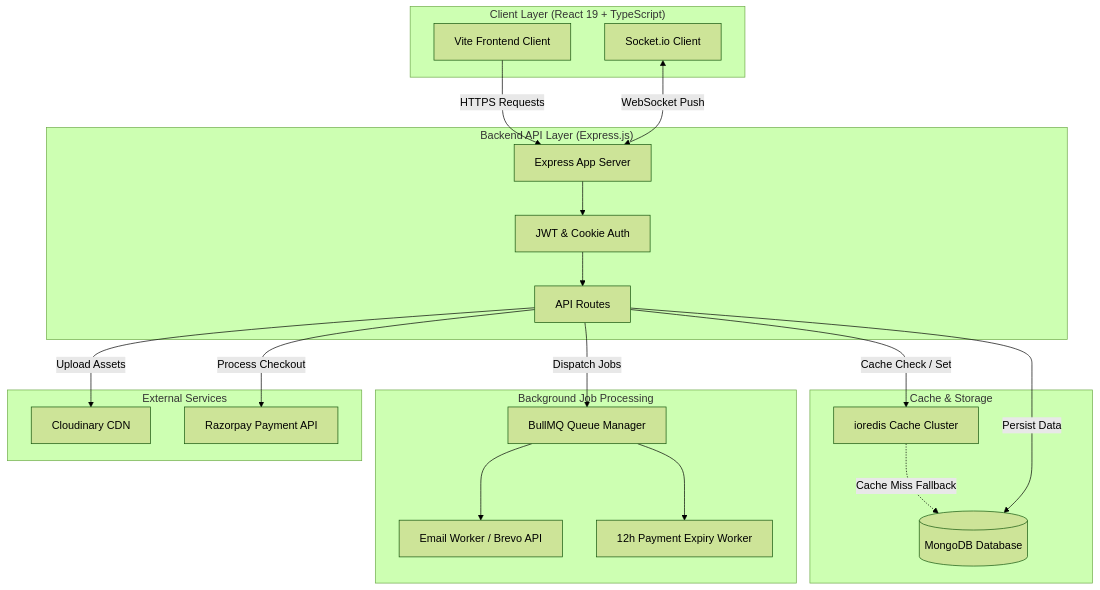
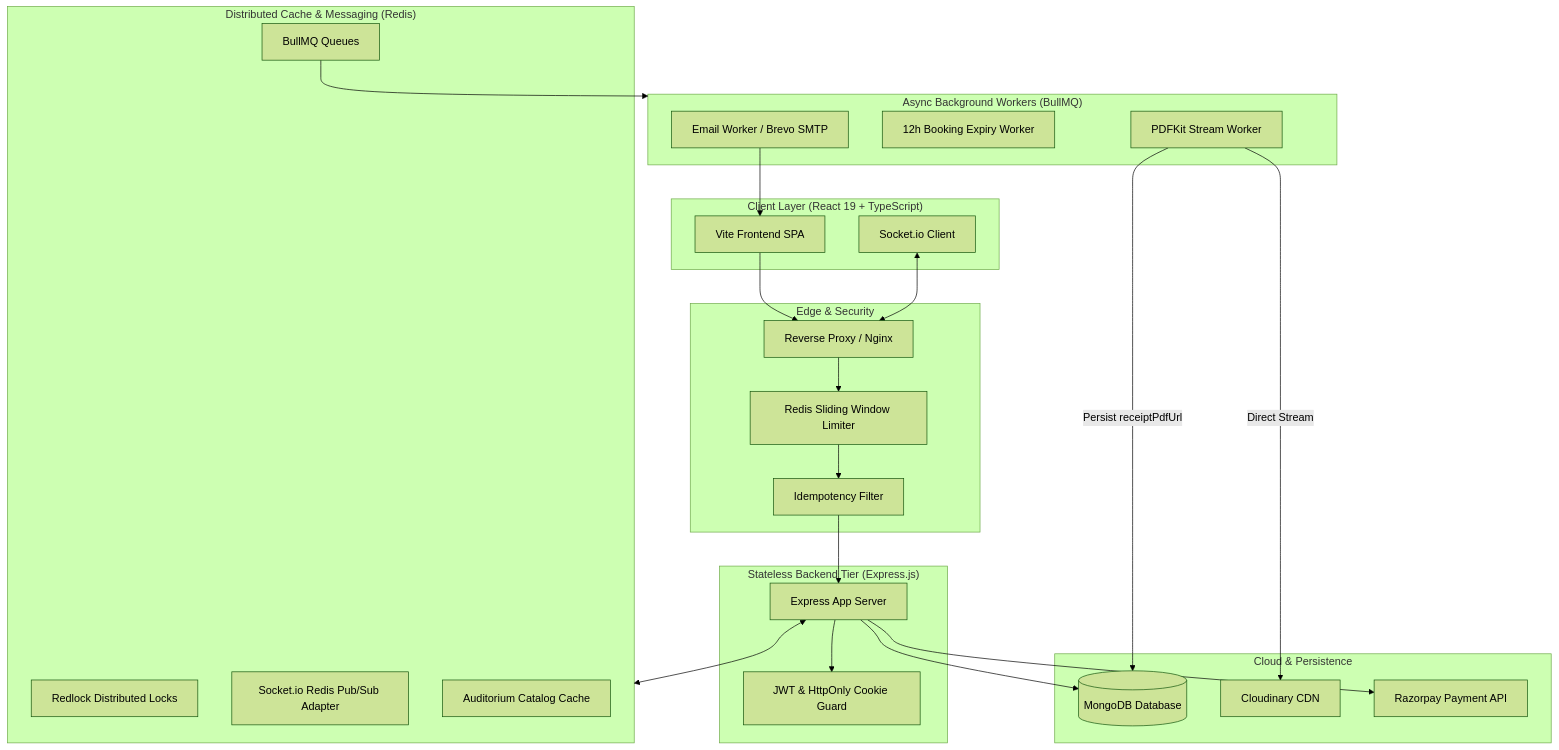
The diagram in README.md (buildwithrishabh/AuditoReserve), drawn with Mermaid (forest theme) before and after one commit. The commit also changed other lines of this file and 1 other file, not shown here.

Commit message:
docs: rebuild README and add comprehensive system architecture documentation

````diff
--- a/README.md
+++ b/README.md
@@ -73,42 +79,49 @@
 ```mermaid
 flowchart TD
     subgraph Client ["Client Layer (React 19 + TypeScript)"]
-        UI[Vite Frontend Client]
-        WS_Client[Socket.io Client]
+        UI[Vite Frontend SPA]
+        WS[Socket.io Client]
     end
 
-    subgraph API ["Backend API Layer (Express.js)"]
-        Server[Express App Server]
-        Auth[JWT & Cookie Auth]
-        Routes[API Routes]
+    subgraph Gateway ["Edge & Security"]
+        Proxy[Reverse Proxy / Nginx]
+        Limiter[Redis Sliding Window Limiter]
+        Idempotent[Idempotency Filter]
     end
 
-    subgraph Caching ["Cache & Storage"]
-        Redis[ioredis Cache Cluster]
-        Mongo[(MongoDB Database)]
+    subgraph API ["Stateless Backend Tier (Express.js)"]
+        Server[Express App Server]
+        Auth[JWT & HttpOnly Cookie Guard]
     end
 
-    subgraph Queue ["Background Job Processing"]
-        Bull[BullMQ Queue Manager]
-        EmailWorker[Email Worker / Brevo API]
-        ExpiryWorker[12h Payment Expiry Worker]
+    subgraph State ["Distributed Cache & Messaging (Redis)"]
+        Lock[Redlock Distributed Locks]
+        Adapter[Socket.io Redis Pub/Sub Adapter]
+        Queues[BullMQ Queues]
+        Cache[Auditorium Catalog Cache]
     end
 
-    subgraph ThirdParty ["External Services"]
-        Cloudinary[Cloudinary CDN]
+    subgraph Workers ["Async Background Workers (BullMQ)"]
+        EmailW[Email Worker / Brevo SMTP]
+        ExpiryW[12h Booking Expiry Worker]
+        PDFW[PDFKit Stream Worker]
+    end
+
+    subgraph Storage ["Cloud & Persistence"]
+        DB[(MongoDB Database)]
+        Cloud[Cloudinary CDN]
         Razorpay[Razorpay Payment API]
     end
 
-    UI -->|HTTPS Requests| Server
-    WS_Client <-->|WebSocket Push| Server
+    UI --> Proxy
+    WS <--> Proxy
+    Proxy --> Limiter --> Idempotent --> Server
     Server --> Auth
-    Auth --> Routes
-    Routes -->|Cache Check / Set| Redis
-    Redis -.->|Cache Miss Fallback| Mongo
-    Routes -->|Persist Data| Mongo
-    Routes -->|Dispatch Jobs| Bull
-    Bull --> EmailWorker
-    Bull --> ExpiryWorker
-    Routes -->|Upload Assets| Cloudinary
-    Routes -->|Process Checkout| Razorpay
+    Server <--> State
+    Server --> DB
+    Server --> Razorpay
+    Queues --> Workers
+    PDFW -->|Direct Stream| Cloud
+    PDFW -->|Persist receiptPdfUrl| DB
+    EmailW --> UI
 ```
````
